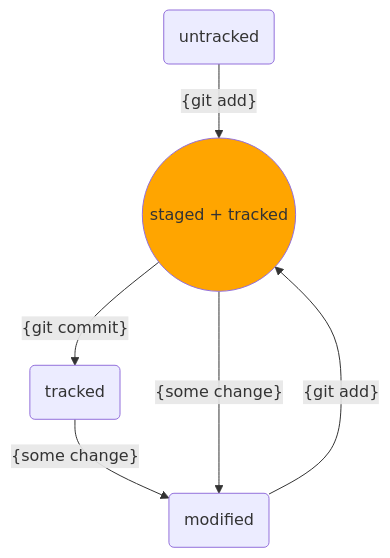
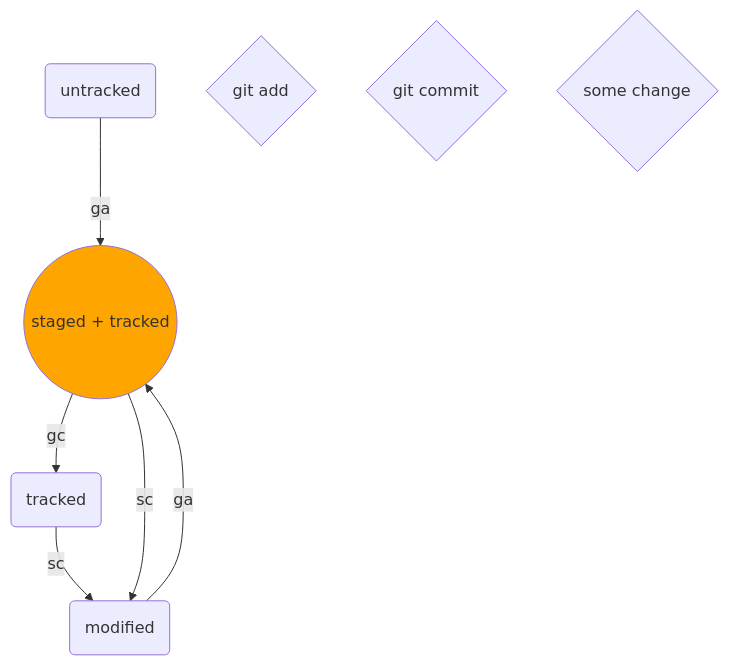
The diagram in README.md (AleksandrVakarin/GitInstructionMermaid), drawn with Mermaid before and after one commit.

````diff
--- a/README.md
+++ b/README.md
@@ -93,15 +93,19 @@
 ```mermaid
 flowchart TD;
 	
 	stg((staged + tracked))
 	mdf(modified)
 	untr(untracked)
 	trcd(tracked)
 
-	untr-- {git add} -->stg
-	stg-- {git commit} -->trcd
-	trcd-- {some change} -->mdf
-	mdf-- {git add} -->stg
-	stg-- {some change} -->mdf
+	ga{git add}
+	gc{git commit}
+	sc{some change}
+
+	untr-- ga -->stg
+	stg-- gc -->trcd
+	trcd-- sc -->mdf
+	mdf-- ga -->stg
+	stg-- sc -->mdf
 	style stg fill: orange
 ```
````
